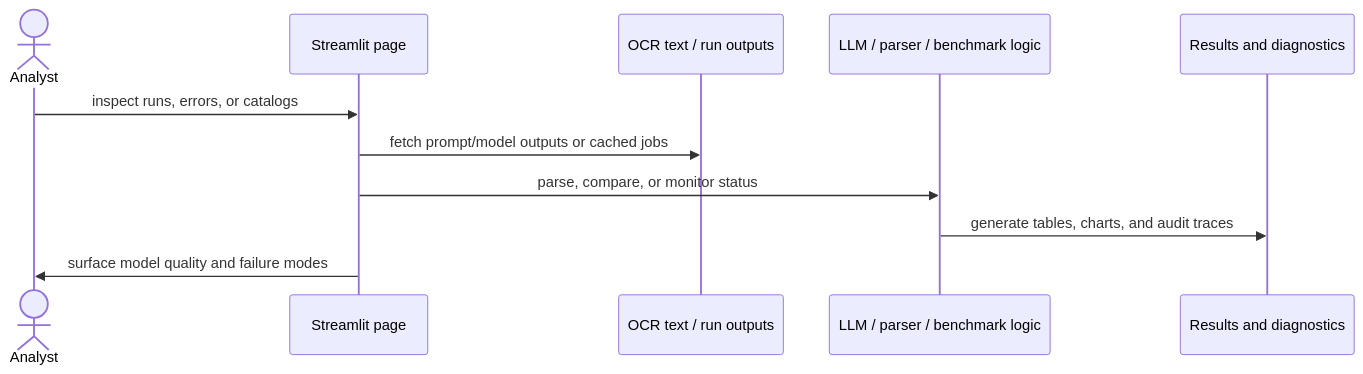
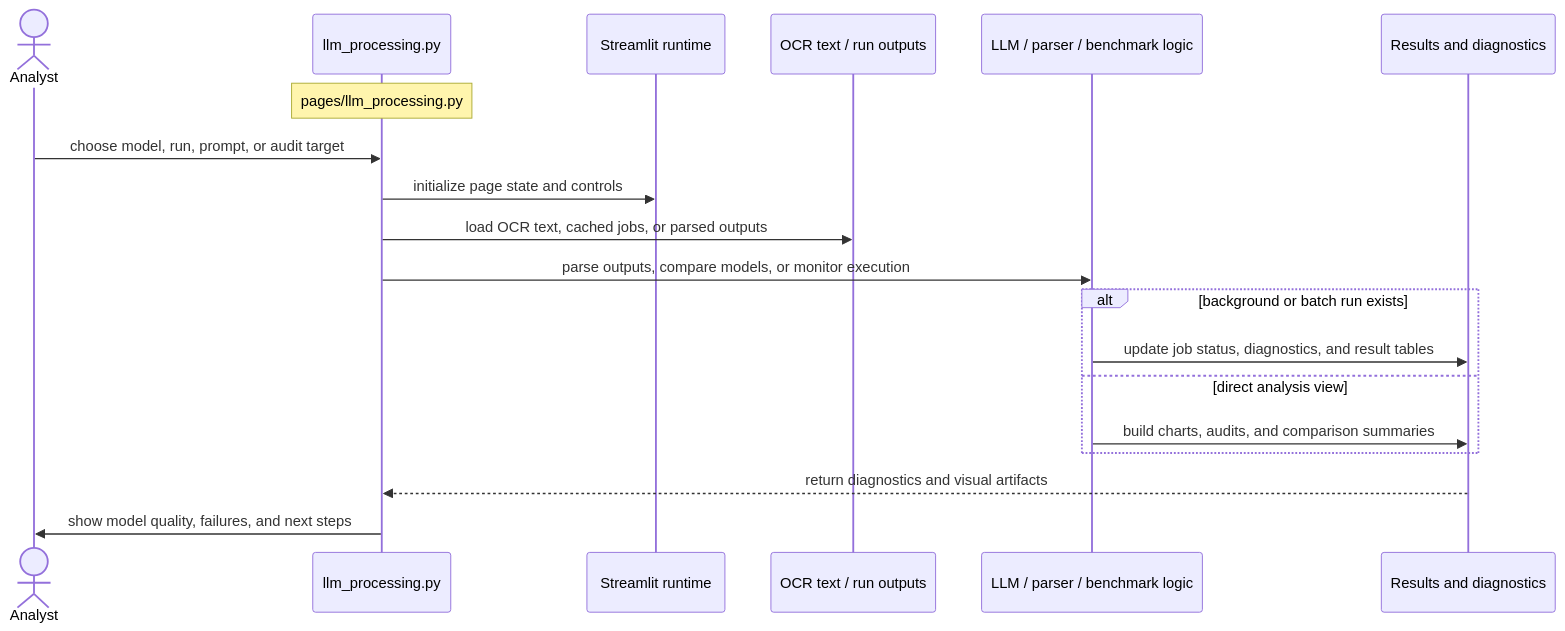
Before and after one commit to darisdzakwanhoesien2/benchmarks: the diagram in new_page/documentation/streamlit_pages/mermaid_sequence_diagram/llm_processing.md, drawn with Mermaid. The commit also changed other lines of this file and 49 other files, not shown here.

Commit message:
Adding Documentation with Mermaid Sequence Diagram

````diff
--- a/new_page/documentation/streamlit_pages/mermaid_sequence_diagram/llm_processing.md
+++ b/new_page/documentation/streamlit_pages/mermaid_sequence_diagram/llm_processing.md
@@ -7,13 +15,21 @@
 ```mermaid
 sequenceDiagram
     actor User as Analyst
-    participant page as Streamlit page
+    participant page as llm_processing.py
+    participant runtime as Streamlit runtime
     participant data as OCR text / run outputs
     participant compute as LLM / parser / benchmark logic
     participant output as Results and diagnostics
-    User->>page: inspect runs, errors, or catalogs
-    page->>data: fetch prompt/model outputs or cached jobs
-    page->>compute: parse, compare, or monitor status
-    compute->>output: generate tables, charts, and audit traces
-    page->>User: surface model quality and failure modes
+    Note over page: pages/llm_processing.py
+    User->>page: choose model, run, prompt, or audit target
+    page->>runtime: initialize page state and controls
+    page->>data: load OCR text, cached jobs, or parsed outputs
+    page->>compute: parse outputs, compare models, or monitor execution
+    alt background or batch run exists
+        compute->>output: update job status, diagnostics, and result tables
+    else direct analysis view
+        compute->>output: build charts, audits, and comparison summaries
+    end
+    output-->>page: return diagnostics and visual artifacts
+    page->>User: show model quality, failures, and next steps
 ```
````
